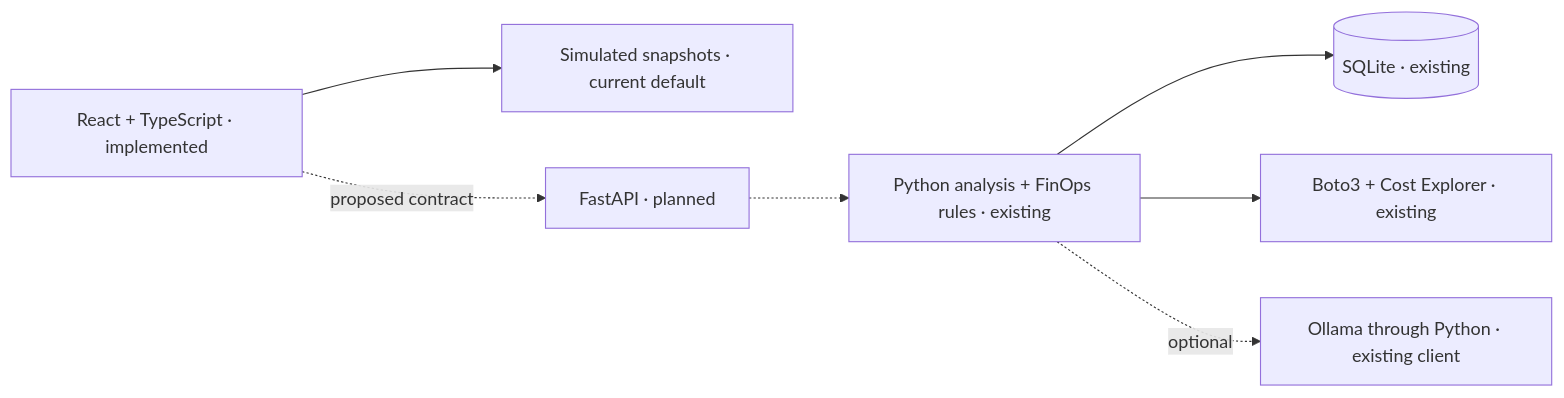
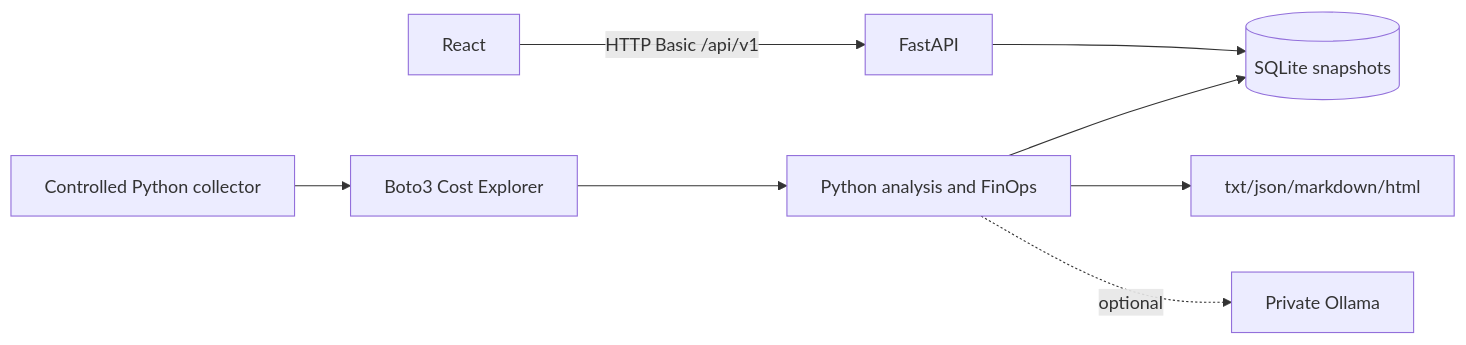
One commit to AirtonNettu/aws-cost-monitor changed the diagram in README.en.md. Above: the diagram before and after it, drawn with Mermaid. The commit also changed other lines of this file and 79 other files, not shown here.

First line of the commit message:
refactor: Cloud FinOps v0.2 — API, dashboard e IaC (#8)

````diff
--- a/README.en.md
+++ b/README.en.md
@@ -28,9 +18,10 @@
 ```mermaid
 flowchart LR
-    React["React + TypeScript · implemented"] --> Mock["Simulated snapshots · current default"]
-    React -. "proposed contract" .-> API["FastAPI · planned"]
-    API -.-> Python["Python analysis + FinOps rules · existing"]
-    Python --> SQLite[("SQLite · existing")]
-    Python --> AWS["Boto3 + Cost Explorer · existing"]
-    Python -. "optional" .-> Ollama["Ollama through Python · existing client"]
+  React -->|HTTP Basic /api/v1| FastAPI
+  FastAPI --> SQLite[(SQLite snapshots)]
+  Collector[Controlled Python collector] --> CE[Boto3 Cost Explorer]
+  CE --> Analysis[Python analysis and FinOps]
+  Analysis --> SQLite
+  Analysis --> Reports[txt/json/markdown/html]
+  Analysis -. optional .-> Ollama[Private Ollama]
 ```
````
